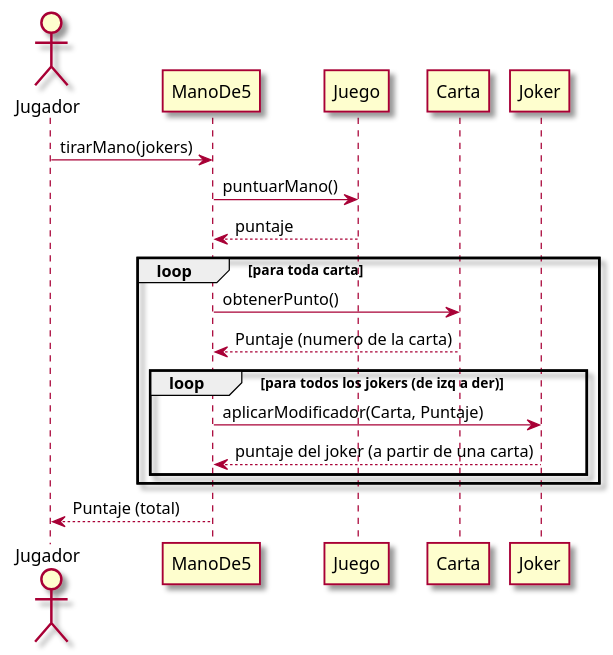
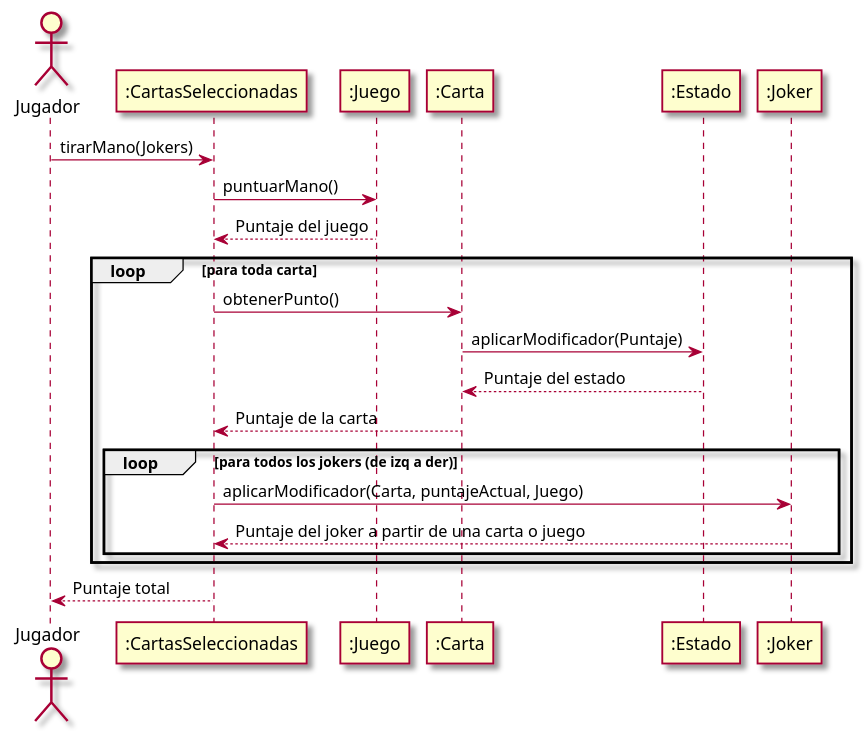
Before and after one commit to fiuba/algo3_proyecto_base_tp2: the diagram in diagrams/sequences/Asignacion_Puntaje_Mano.plantuml, drawn with PlantUML. The commit also changed 11 other files, not shown here.

First line of the commit message:
Terminamos Diagramas - Entrega 0

```diff
--- a/diagrams/sequences/Asignacion_Puntaje_Mano.plantuml
+++ b/diagrams/sequences/Asignacion_Puntaje_Mano.plantuml
@@ -1,19 +1,21 @@
 @startuml
 
 skin rose
 
 actor Jugador
-Jugador -> ManoDe5 :tirarMano(jokers)
-ManoDe5 -> Juego :puntuarMano()
-ManoDe5 <-- Juego :puntaje
+Jugador -> ":CartasSeleccionadas" as CartasSeleccionadas :tirarMano(Jokers)
+CartasSeleccionadas -> ":Juego" as Juego :puntuarMano()
+CartasSeleccionadas <-- Juego :Puntaje del juego
 loop para toda carta
-ManoDe5 -> Carta :obtenerPunto()
-ManoDe5 <-- Carta :Puntaje (numero de la carta)
+CartasSeleccionadas -> ":Carta" as Carta :obtenerPunto()
+Carta -> ":Estado" as Estado :aplicarModificador(Puntaje)
+Carta  <-- Estado :Puntaje del estado
+CartasSeleccionadas <-- Carta :Puntaje de la carta
 loop para todos los jokers (de izq a der)
-ManoDe5 -> Joker :aplicarModificador(Carta, Puntaje)
-ManoDe5 <-- Joker :puntaje del joker (a partir de una carta)
+CartasSeleccionadas -> ":Joker" as Joker :aplicarModificador(Carta, puntajeActual, Juego)
+CartasSeleccionadas <-- Joker :Puntaje del joker a partir de una carta o juego
 end
 end
-Jugador <-- ManoDe5 : Puntaje (total)
+Jugador <-- CartasSeleccionadas : Puntaje total
 
 @enduml
```
